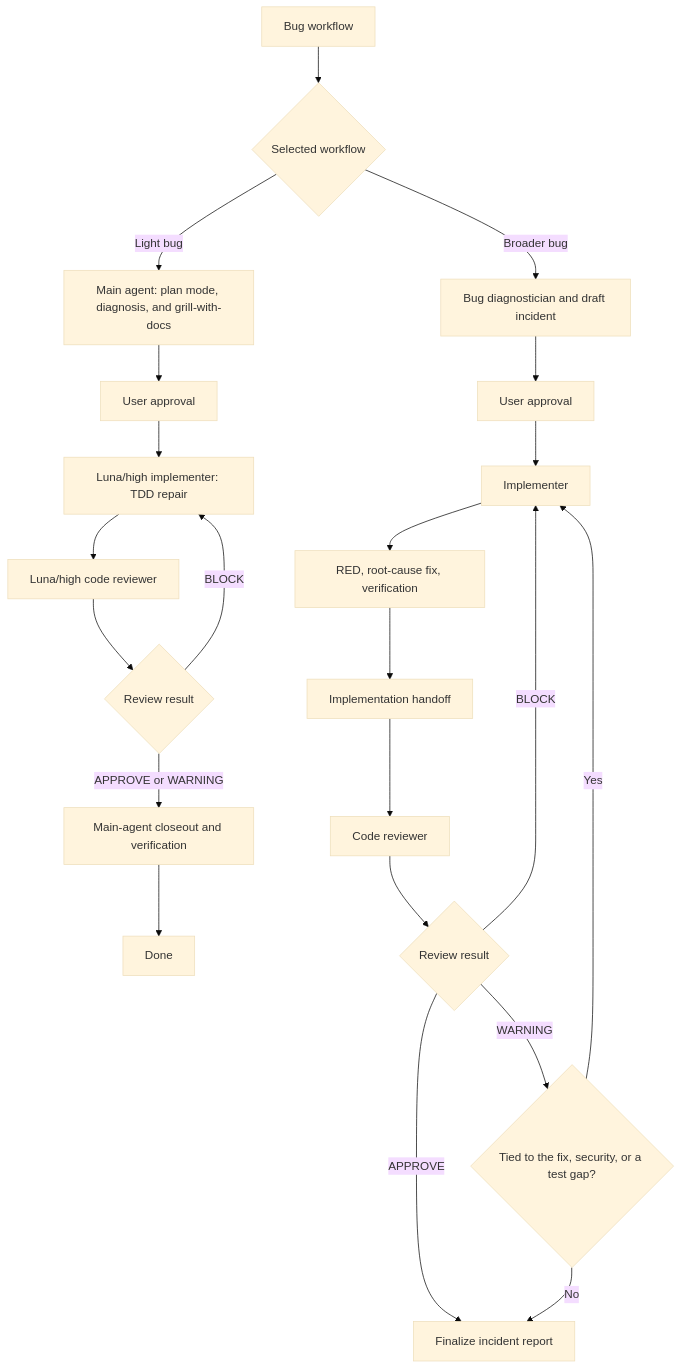
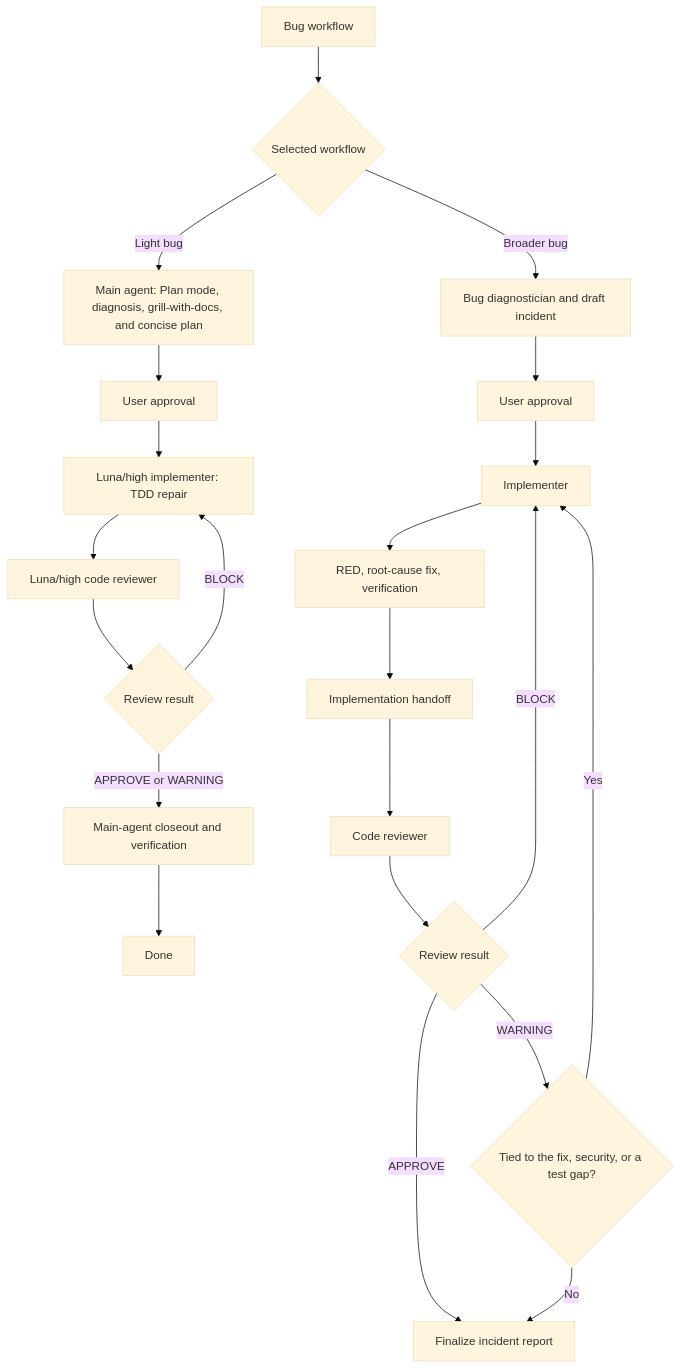
One commit to aloilor/lean-coding-agent changed the fourth of 4 diagrams in README.md. Above: the diagram before and after it, drawn with Mermaid (base theme). The commit also changed other lines of this file and 18 other files, not shown here.

````diff
--- a/README.md
+++ b/README.md
@@ -132,24 +130,24 @@
 ```mermaid
 flowchart TD
     A[Bug workflow] --> B{Selected workflow}
-    B -->|Light bug| C[Main agent: plan mode, diagnosis, and grill-with-docs]
+    B -->|Light bug| C[Main agent: Plan mode, diagnosis, grill-with-docs, and concise plan]
     C --> D[User approval]
     D --> E[Luna/high implementer: TDD repair]
     E --> F[Luna/high code reviewer]
     F --> G{Review result}
     G -->|BLOCK| E
     G -->|APPROVE or WARNING| H[Main-agent closeout and verification]
     H --> N[Done]
     B -->|Broader bug| I[Bug diagnostician and draft incident]
     I --> J[User approval]
     J --> M[Implementer]
     M --> P[RED, root-cause fix, verification]
     P --> Q[Implementation handoff]
     Q --> R[Code reviewer]
     R --> S{Review result}
     S -->|APPROVE| T[Finalize incident report]
     S -->|BLOCK| M
     S -->|WARNING| U{Tied to the fix, security, or a test gap?}
     U -->|Yes| M
     U -->|No| T
 ```
````
